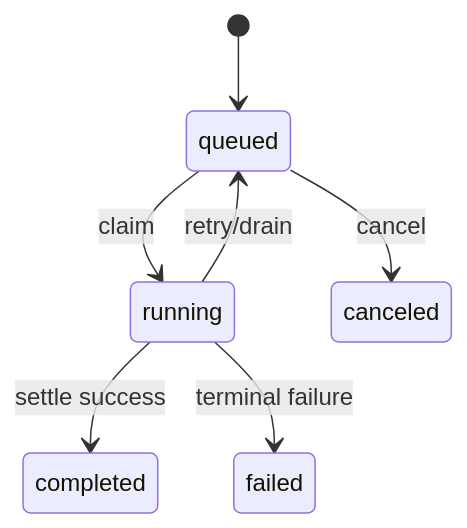
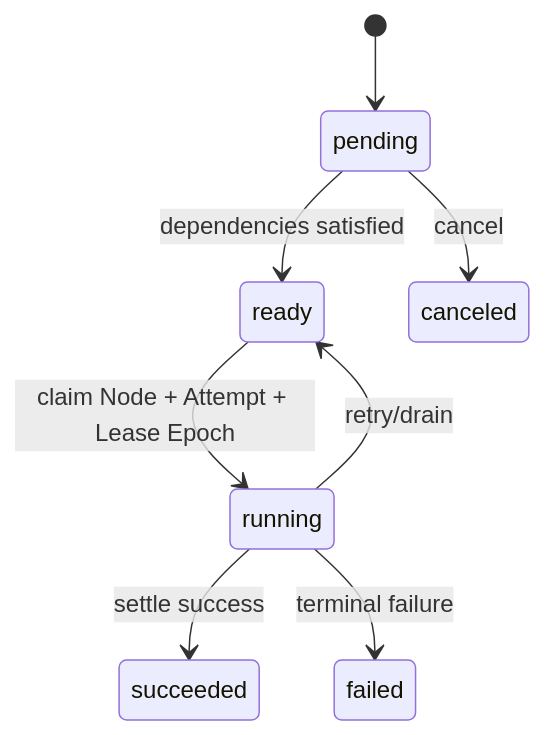
The diagram in docs/book/en/09-task-orchestration/01-task-worker-executor.md (fwtllh-png/CodeHelper), drawn with Mermaid before and after one commit. The commit also changed other lines of this file and 314 other files, not shown here.

````diff
--- a/docs/book/en/09-task-orchestration/01-task-worker-executor.md
+++ b/docs/book/en/09-task-orchestration/01-task-worker-executor.md
@@ -38,9 +47,10 @@
 ```mermaid
 stateDiagram-v2
-    [*] --> queued
-    queued --> running: claim
-    running --> completed: settle success
-    running --> queued: retry/drain
+    [*] --> pending
+    pending --> ready: dependencies satisfied
+    ready --> running: claim Node + Attempt + Lease Epoch
+    running --> succeeded: settle success
+    running --> ready: retry/drain
     running --> failed: terminal failure
-    queued --> canceled: cancel
+    pending --> canceled: cancel
 ```
````
